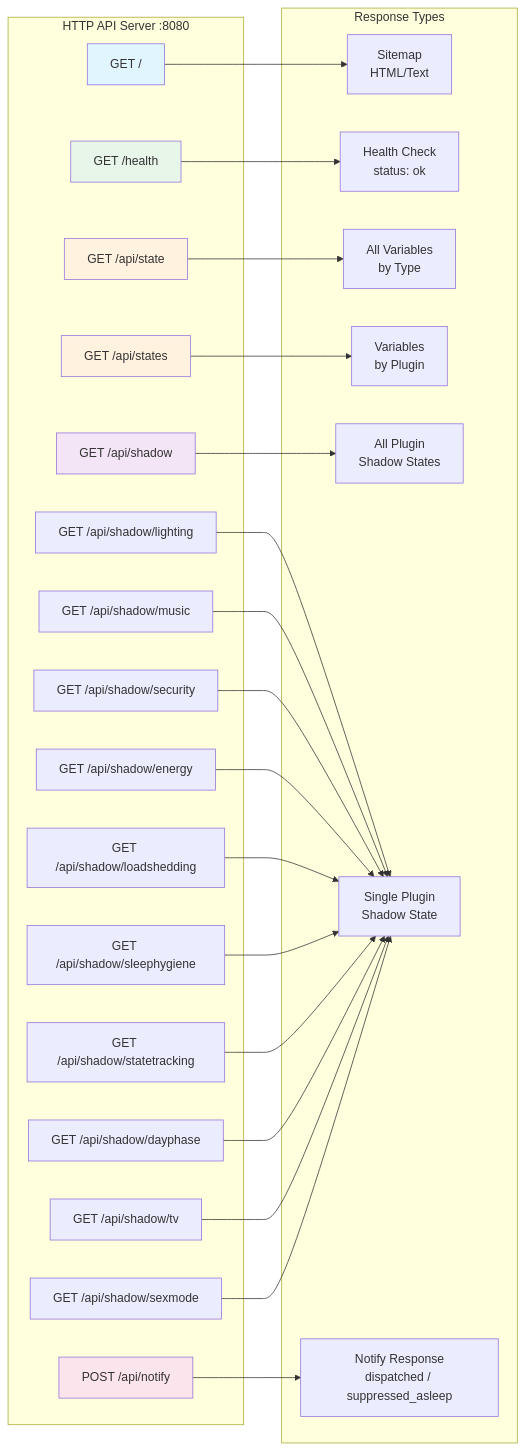
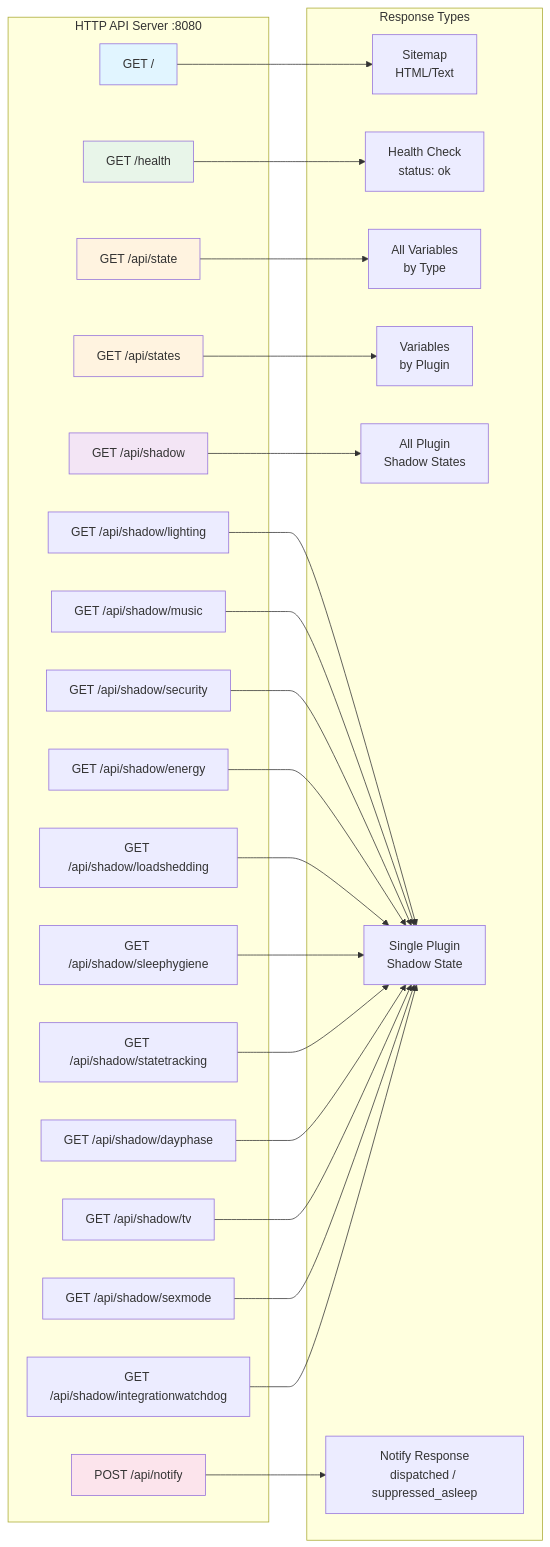
One commit to NickBorgers/home-automation changed the eighth of 14 diagrams in docs/human/VISUAL_ARCHITECTURE.md. Above: the diagram before and after it, drawn with Mermaid. The commit also changed other lines of this file and 15 other files, not shown here.

````diff
--- a/docs/human/VISUAL_ARCHITECTURE.md
+++ b/docs/human/VISUAL_ARCHITECTURE.md
@@ -518,55 +524,57 @@
 ```mermaid
 graph LR
     subgraph "HTTP API Server :8080"
         Root["GET /"]
         Health["GET /health"]
         State["GET /api/state"]
         States["GET /api/states"]
         Shadow["GET /api/shadow"]
         ShadowLighting["GET /api/shadow/lighting"]
         ShadowMusic["GET /api/shadow/music"]
         ShadowSecurity["GET /api/shadow/security"]
         ShadowEnergy["GET /api/shadow/energy"]
         ShadowLoadShed["GET /api/shadow/loadshedding"]
         ShadowSleep["GET /api/shadow/sleephygiene"]
         ShadowState["GET /api/shadow/statetracking"]
         ShadowDayPhase["GET /api/shadow/dayphase"]
         ShadowTV["GET /api/shadow/tv"]
         ShadowSexMode["GET /api/shadow/sexmode"]
+        ShadowWatchdog["GET /api/shadow/integrationwatchdog"]
         Notify["POST /api/notify"]
     end
 
     subgraph "Response Types"
         Sitemap[Sitemap<br/>HTML/Text]
         HealthCheck["Health Check<br/>status: ok"]
         AllState[All Variables<br/>by Type]
         ByPlugin[Variables<br/>by Plugin]
         AllShadow[All Plugin<br/>Shadow States]
         PluginShadow[Single Plugin<br/>Shadow State]
         NotifyResp["Notify Response<br/>dispatched / suppressed_asleep"]
     end
 
     Root --> Sitemap
     Health --> HealthCheck
     State --> AllState
     States --> ByPlugin
     Shadow --> AllShadow
     ShadowLighting --> PluginShadow
     ShadowMusic --> PluginShadow
     ShadowSecurity --> PluginShadow
     ShadowEnergy --> PluginShadow
     ShadowLoadShed --> PluginShadow
     ShadowSleep --> PluginShadow
     ShadowState --> PluginShadow
     ShadowDayPhase --> PluginShadow
     ShadowTV --> PluginShadow
     ShadowSexMode --> PluginShadow
+    ShadowWatchdog --> PluginShadow
     Notify --> NotifyResp
 
     style Root fill:#e1f5ff
     style Health fill:#e8f5e9
     style State fill:#fff3e0
     style States fill:#fff3e0
     style Shadow fill:#f3e5f5
     style Notify fill:#fce4ec
 ```
````
